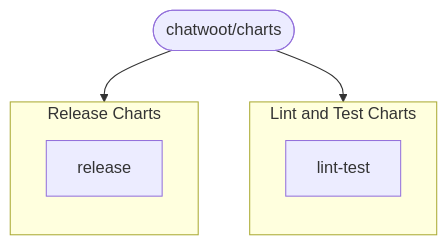
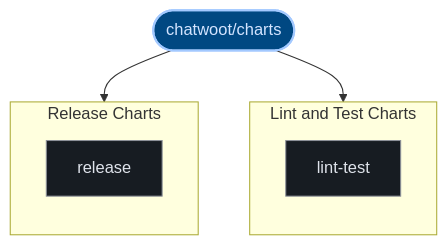
One commit to kumarshaz/atruss-code-atlas changed the third of 3 diagrams in exports/latest/reports/chatwoot-charts-report.md. Above: the diagram before and after it, drawn with Mermaid. The commit also changed other lines of this file and 331 other files, not shown here.

Commit message:
docs,ui,fix: update SDLC docs, reorder CI/CD DAG first, stylize Mermaid, and fix Arc42 pipeline topology

````diff
--- a/exports/latest/reports/chatwoot-charts-report.md
+++ b/exports/latest/reports/chatwoot-charts-report.md
@@ -130,14 +141,21 @@
 ```mermaid
 graph TD;
-  pipeline_root(["chatwoot/charts"])
+  classDef atlasRoot fill:#004882,stroke:#a3c9ff,stroke-width:2px,color:#d3e4ff
+  classDef atlasCategory fill:#212428,stroke:#E87A48,stroke-width:1.5px,color:#dfe3eb
+  classDef atlasWorkflow fill:#1b2026,stroke:#a3c9ff,stroke-width:1.5px,color:#dfe3eb
+  classDef atlasJob fill:#171c22,stroke:#8d9199,stroke-width:1px,color:#dfe3eb
+  classDef atlasTarget fill:#005227,stroke:#8bd99b,stroke-width:1.5px,color:#a7f6b6
+  classDef atlasAlert fill:#93000a,stroke:#ffb4ab,stroke-width:1.5px,color:#ffdad6
+  classDef atlasMore fill:#252a31,stroke:#8d9199,stroke-dasharray:4 4,color:#c3c6cf
+  pipeline_root(["chatwoot/charts"]):::atlasRoot
   subgraph Lint_and_Test_Charts_0["Lint and Test Charts"]
     direction TB
-    0_lint_test["lint-test"]
+    0_lint_test["lint-test"]:::atlasJob
   end
   pipeline_root --> 0_lint_test
   subgraph Release_Charts_1["Release Charts"]
     direction TB
-    1_release["release"]
+    1_release["release"]:::atlasJob
   end
   pipeline_root --> 1_release
 ```
````
